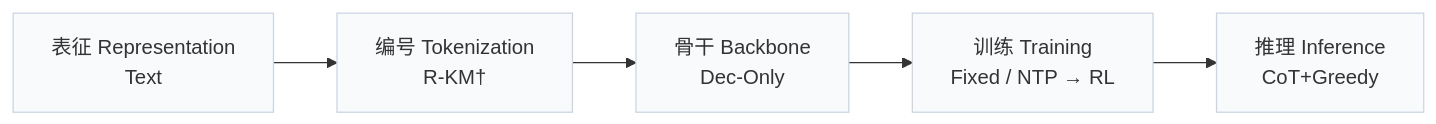
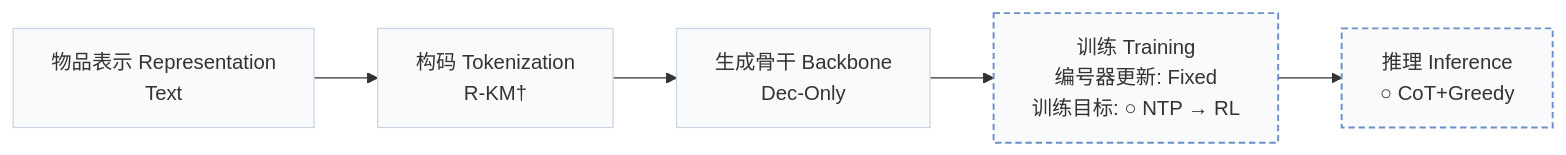
The first of 2 diagrams in pages/zh/papers/rerankid.md (Galaxy-ghost/Awesome-SID-Generative-Rec), drawn with Mermaid before and after one commit. The commit also changed other lines of this file and 558 other files, not shown here.

````diff
--- a/pages/zh/papers/rerankid.md
+++ b/pages/zh/papers/rerankid.md
@@ -15,6 +19,8 @@
 ```mermaid
 flowchart LR
-    R["表征 Representation<br/>Text"] --> T["编号 Tokenization<br/>R-KM†"] --> B["骨干 Backbone<br/>Dec-Only"] --> TR["训练 Training<br/>Fixed / NTP → RL"] --> I["推理 Inference<br/>CoT+Greedy"]
+    R["物品表示 Representation<br/>Text"] --> T["构码 Tokenization<br/>R-KM†"] --> B["生成骨干 Backbone<br/>Dec-Only"] --> TR["训练 Training<br/>编号器更新: Fixed<br/>训练目标: ○ NTP → RL"] --> I["推理 Inference<br/>○ CoT+Greedy"]
     classDef base fill:#f8fafc,stroke:#cbd5e1
     class R,T,B,TR,I base
+    classDef other fill:#f8fafc,stroke:#6b8fc7,stroke-width:1.5px,stroke-dasharray:5 3
+    class TR,I other
 ```
````
